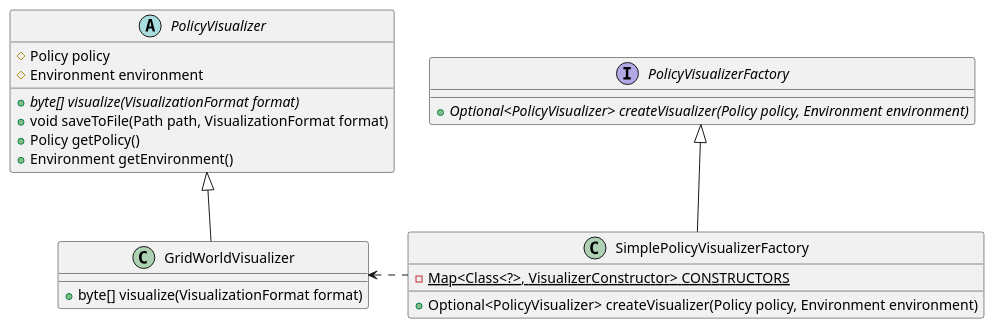
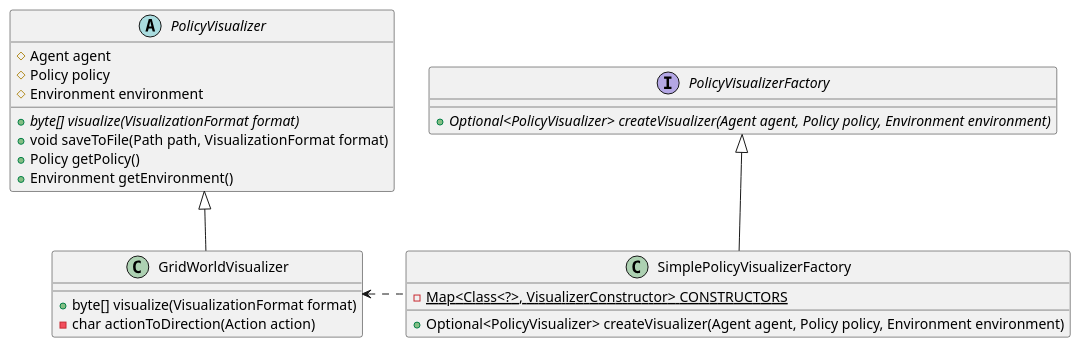
The diagram in uml/factoryPattern.puml (jatsqi/ASE-Reinforcement-Learning), drawn with PlantUML before and after one commit. The commit also changed 3 other files, not shown here.

```diff
--- a/uml/factoryPattern.puml
+++ b/uml/factoryPattern.puml
@@ -1,32 +1,34 @@
 @startuml
 'https://plantuml.com/class-diagram
 
 abstract class PolicyVisualizer {
-#Policy policy
-#Environment environment
+    #Agent agent
+    #Policy policy
+    #Environment environment
 
-+{abstract} byte[] visualize(VisualizationFormat format)
-+void saveToFile(Path path, VisualizationFormat format)
-+Policy getPolicy()
-+Environment getEnvironment()
+    +{abstract} byte[] visualize(VisualizationFormat format)
+    +void saveToFile(Path path, VisualizationFormat format)
+    +Policy getPolicy()
+    +Environment getEnvironment()
 }
 
 class GridWorldVisualizer {
-+byte[] visualize(VisualizationFormat format)
+    +byte[] visualize(VisualizationFormat format)
+    -char actionToDirection(Action action)
 }
 
 interface PolicyVisualizerFactory {
-+{abstract} Optional<PolicyVisualizer> createVisualizer(Policy policy, Environment environment)
+    +{abstract} Optional<PolicyVisualizer> createVisualizer(Agent agent, Policy policy, Environment environment)
 }
 
 class SimplePolicyVisualizerFactory {
--{static} Map<Class<?>, VisualizerConstructor> CONSTRUCTORS
-+Optional<PolicyVisualizer> createVisualizer(Policy policy, Environment environment)
+    -{static} Map<Class<?>, VisualizerConstructor> CONSTRUCTORS
+    +Optional<PolicyVisualizer> createVisualizer(Agent agent, Policy policy, Environment environment)
 }
 
 
 PolicyVisualizerFactory         <|-- SimplePolicyVisualizerFactory
 SimplePolicyVisualizerFactory  .l> GridWorldVisualizer
 PolicyVisualizer                <|-- GridWorldVisualizer
 
 @enduml
```
